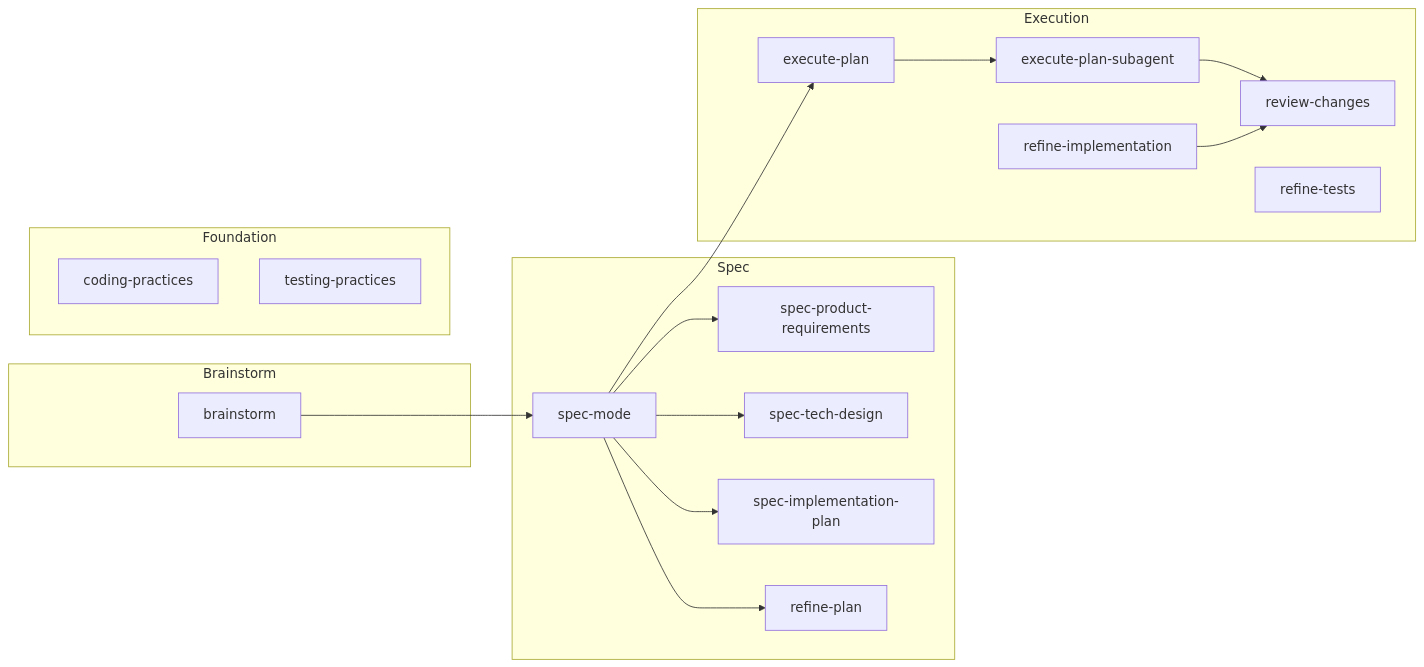
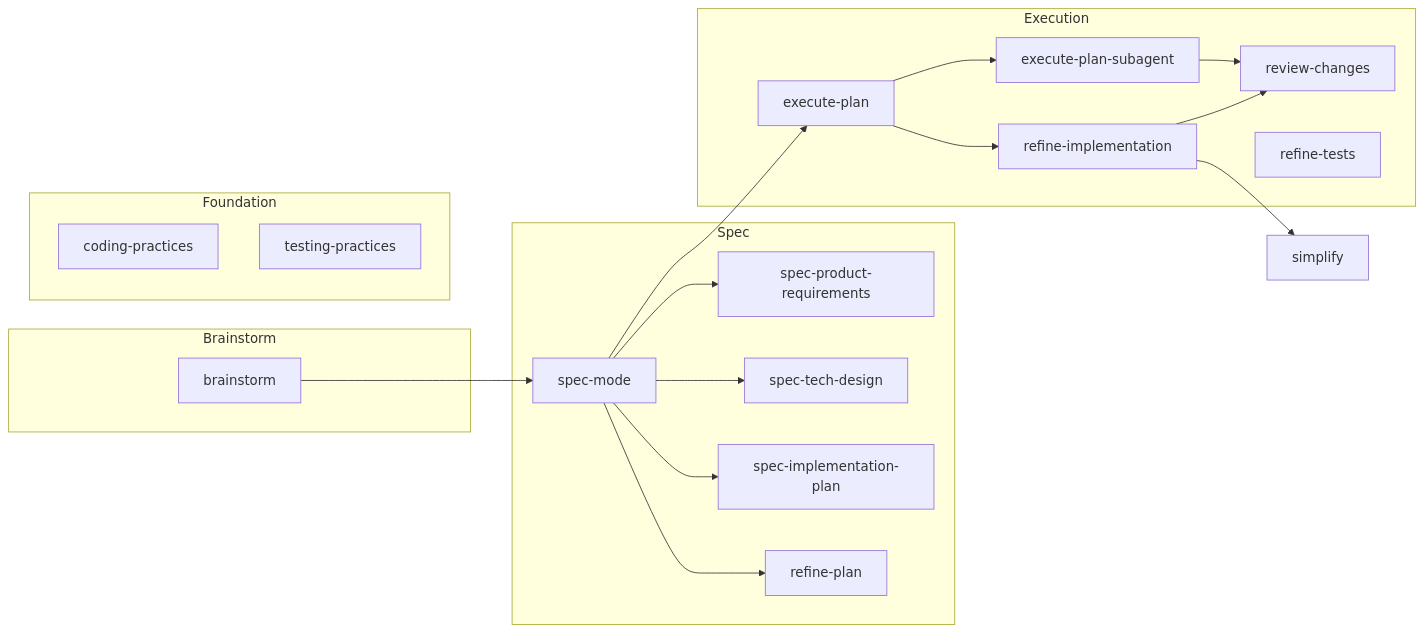
Before and after one commit to rstacruz/agentic-toolkit: the diagram in docs/skills.md, drawn with Mermaid. The commit also changed 7 other files, not shown here.

````diff
--- a/docs/skills.md
+++ b/docs/skills.md
@@ -5,34 +5,36 @@
 ```mermaid
 graph LR
   brainstorm --> specmode["spec-mode"]
   specmode --> specprod["spec-product-requirements"]
   specmode --> spectech["spec-tech-design"]
   specmode --> specimpl["spec-implementation-plan"]
   specmode --> refineplan["refine-plan"]
   specmode --> execplan["execute-plan"]
   execplan --> execsubagent["execute-plan-subagent"]
+  execplan --> refineimpl
   execsubagent --> reviewchanges["review-changes"]
   refineimpl["refine-implementation"] --> reviewchanges
+  refineimpl --> simplify["simplify"]
 
   subgraph Brainstorm
     brainstorm
   end
   subgraph Spec
     specmode
     specprod
     spectech
     specimpl
     refineplan
   end
   subgraph Execution
     execplan
     execsubagent
     refineimpl
     reviewchanges
     refinetests["refine-tests"]
   end
   subgraph Foundation
     codingpractices["coding-practices"]
     testingpractices["testing-practices"]
   end
 ```
````
